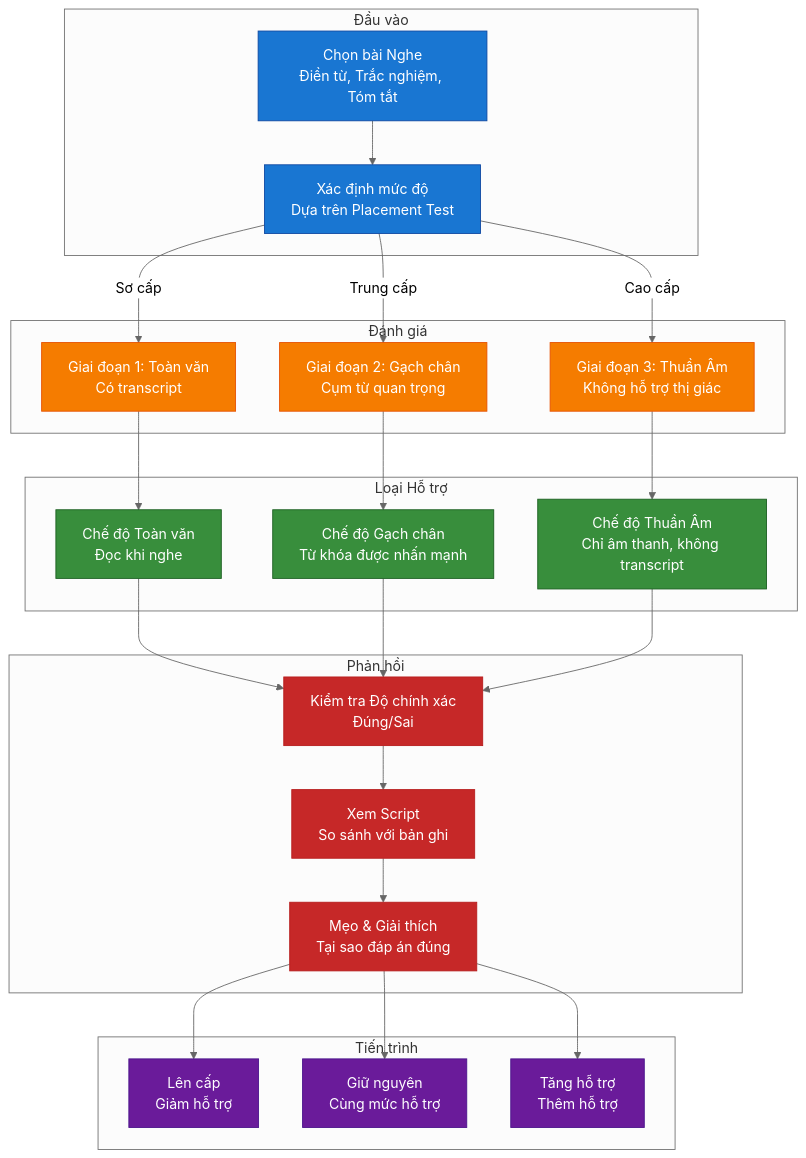
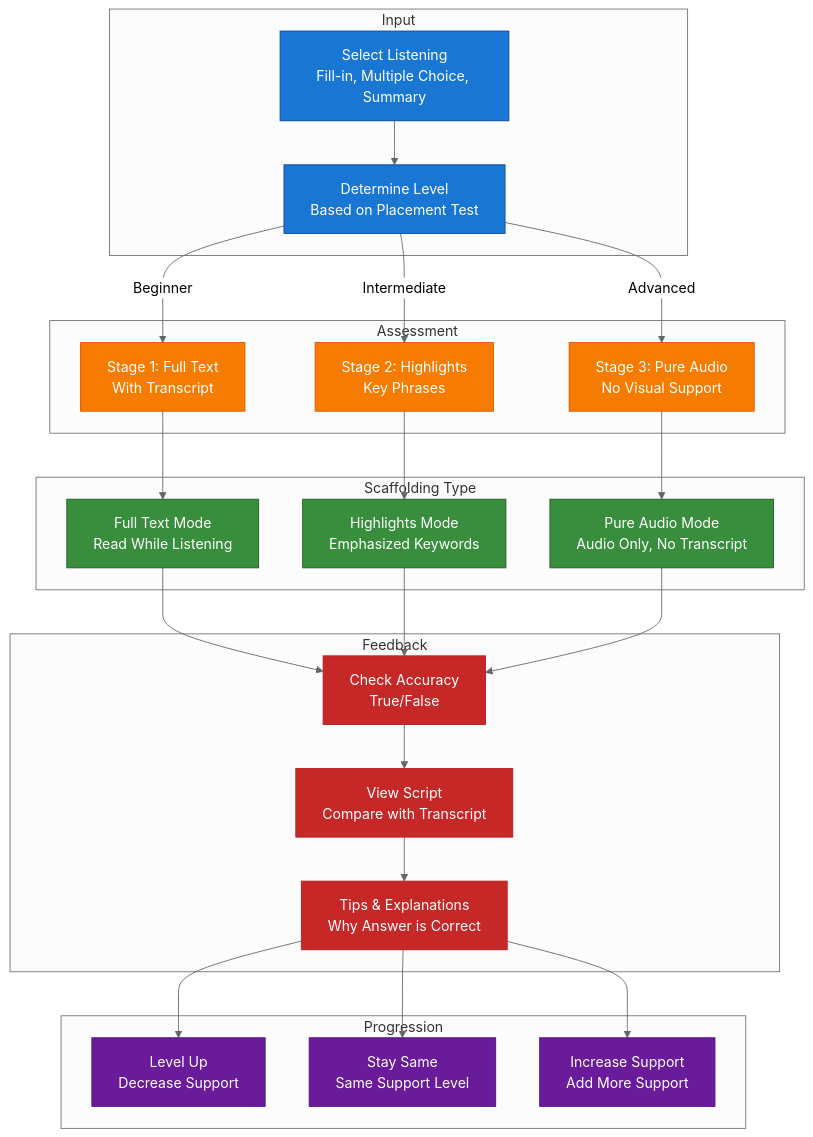
The fourth of 8 diagrams in docs/capstone/diagrams/flow-diagrams.vi.md (nghyane/VSTEP), drawn with Mermaid (neutral theme) before and after one commit. The commit also changed other lines of this file, not shown here.

````diff
--- a/docs/capstone/diagrams/flow-diagrams.vi.md
+++ b/docs/capstone/diagrams/flow-diagrams.vi.md
@@ -190,59 +190,59 @@
 ```mermaid
 flowchart TB
-    subgraph Input ["Đầu vào"]
-        Exercise["Chọn bài Nghe<br/>Điền từ, Trắc nghiệm, Tóm tắt"]
-        Level["Xác định mức độ<br/>Dựa trên Placement Test"]
+    subgraph Input ["Input"]
+        Exercise["Select Listening<br/>Fill-in, Multiple Choice, Summary"]
+        Level["Determine Level<br/>Based on Placement Test"]
     end
 
-    subgraph Assessment ["Đánh giá"]
-        Stage1["Giai đoạn 1: Toàn văn<br/>Có transcript"]
-        Stage2["Giai đoạn 2: Gạch chân<br/>Cụm từ quan trọng"]
-        Stage3["Giai đoạn 3: Thuần Âm<br/>Không hỗ trợ thị giác"]
+    subgraph Assessment ["Assessment"]
+        Stage1["Stage 1: Full Text<br/>With Transcript"]
+        Stage2["Stage 2: Highlights<br/>Key Phrases"]
+        Stage3["Stage 3: Pure Audio<br/>No Visual Support"]
     end
 
-    subgraph Scaffold ["Loại Hỗ trợ"]
-        FullText["Chế độ Toàn văn<br/>Đọc khi nghe"]
-        Highlights["Chế độ Gạch chân<br/>Từ khóa được nhấn mạnh"]
-        PureAudio["Chế độ Thuần Âm<br/>Chỉ âm thanh, không transcript"]
+    subgraph Scaffold ["Scaffolding Type"]
+        FullText["Full Text Mode<br/>Read While Listening"]
+        Highlights["Highlights Mode<br/>Emphasized Keywords"]
+        PureAudio["Pure Audio Mode<br/>Audio Only, No Transcript"]
     end
 
-    subgraph Feedback ["Phản hồi"]
-        Accuracy["Kiểm tra Độ chính xác<br/>Đúng/Sai"]
-        Script["Xem Script<br/>So sánh với bản ghi"]
-        Tips["Mẹo & Giải thích<br/>Tại sao đáp án đúng"]
+    subgraph Feedback ["Feedback"]
+        Accuracy["Check Accuracy<br/>True/False"]
+        Script["View Script<br/>Compare with Transcript"]
+        Tips["Tips & Explanations<br/>Why Answer is Correct"]
     end
 
-    subgraph Progression ["Tiến trình"]
-        Up["Lên cấp<br/>Giảm hỗ trợ"]
-        Stay["Giữ nguyên<br/>Cùng mức hỗ trợ"]
-        Down["Tăng hỗ trợ<br/>Thêm hỗ trợ"]
+    subgraph Progression ["Progression"]
+        Up["Level Up<br/>Decrease Support"]
+        Stay["Stay Same<br/>Same Support Level"]
+        Down["Increase Support<br/>Add More Support"]
     end
 
     Exercise --> Level
-    Level -->|Sơ cấp| Stage1
-    Level -->|Trung cấp| Stage2
-    Level -->|Cao cấp| Stage3
+    Level -->|Beginner| Stage1
+    Level -->|Intermediate| Stage2
+    Level -->|Advanced| Stage3
     Stage1 --> FullText
     Stage2 --> Highlights
     Stage3 --> PureAudio
     FullText --> Accuracy
     Highlights --> Accuracy
     PureAudio --> Accuracy
     Accuracy --> Script
     Script --> Tips
     Tips --> Up
     Tips --> Stay
     Tips --> Down
 
     classDef input fill:#1976d2,stroke:#0d47a1,color:#fff
     classDef assessment fill:#f57c00,stroke:#e65100,color:#fff
     classDef scaffold fill:#388e3c,stroke:#1b5e20,color:#fff
     classDef feedback fill:#c62828,stroke:#b71c1c,color:#fff
     classDef progression fill:#6a1b9a,stroke:#4a148c,color:#fff
 
     class Exercise,Level input
     class Stage1,Stage2,Stage3 assessment
     class FullText,Highlights,PureAudio scaffold
     class Accuracy,Script,Tips feedback
     class Up,Stay,Down progression
 ```
````
